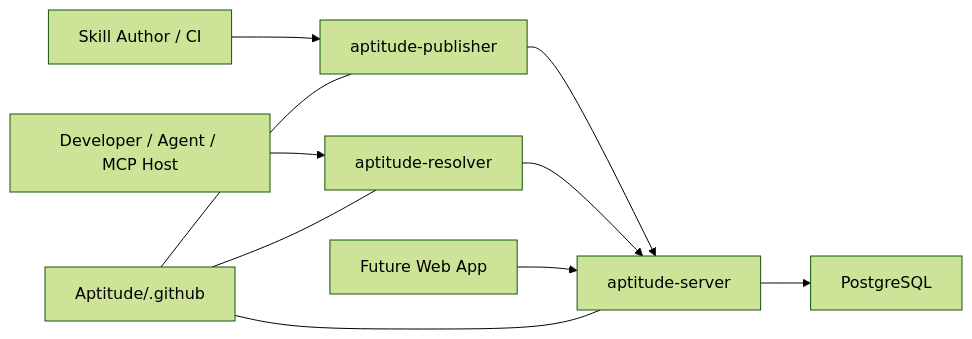
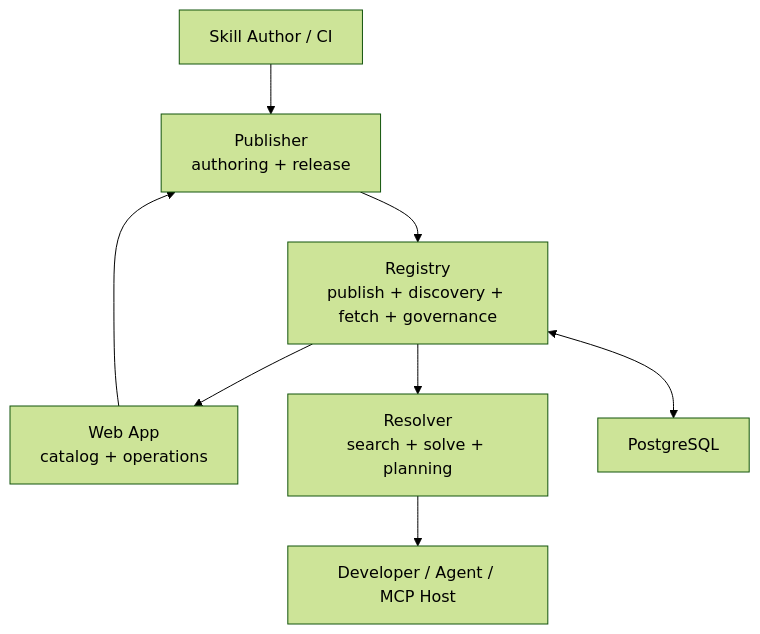
One commit to aptitude-stack/.github changed the diagram in profile/README.md. Above: the diagram before and after it, drawn with Mermaid (forest theme).

````diff
--- a/profile/README.md
+++ b/profile/README.md
@@ -34,12 +34,13 @@
 ```mermaid
-flowchart LR
-    Author["Skill Author / CI"] --> Publisher["aptitude-publisher"]
-    User["Developer / Agent / MCP Host"] --> Resolver["aptitude-resolver"]
-    Publisher --> Server["aptitude-server"]
-    Resolver --> Server
-    Server --> DB["PostgreSQL"]
-    Web["Future Web App"] --> Server
-    Docs["Aptitude/.github"] --- Publisher
-    Docs --- Resolver
-    Docs --- Server
+flowchart TD
+    Author["Skill Author / CI"] --> Publisher["Publisher<br/>authoring + release"]
+
+    Registry --> Web["Web App<br/>catalog + operations"]
+    Resolver["Resolver<br/>search + solve + planning"] --> User["Developer / Agent / MCP Host"]
+
+    Publisher --> Registry["Registry<br/>publish + discovery + fetch + governance"]
+    Web["Web App<br/>catalog + operations"] --> Publisher
+
+    Registry --> Resolver
+    Registry <--> DB["PostgreSQL"]
 ```
````
